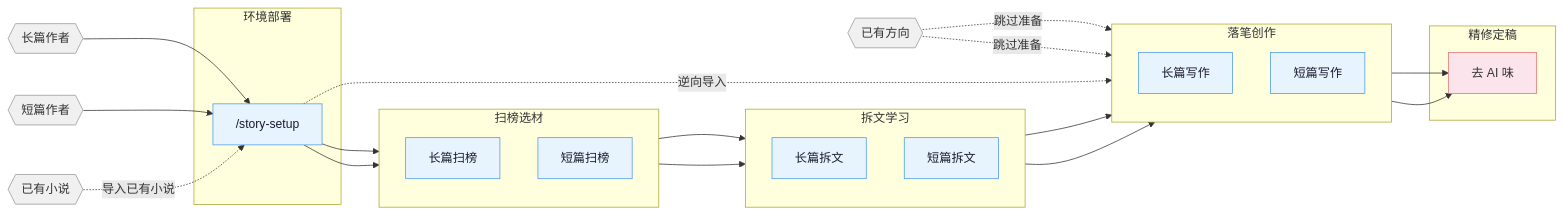
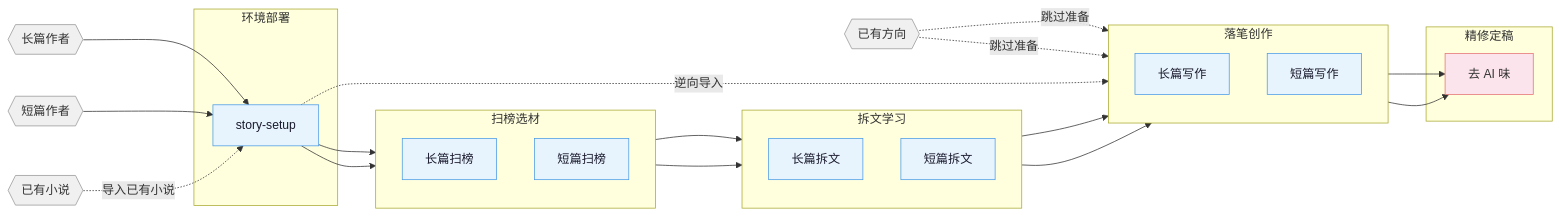
One commit to ronghuaxueleng/oh-story-claudecode changed the diagram in README.md. Above: the diagram before and after it, drawn with Mermaid. The commit also changed other lines of this file and 38 other files, not shown here.

````diff
--- a/README.md
+++ b/README.md
@@ -9,52 +9,52 @@
 ```mermaid
 flowchart LR
     classDef entry fill:#f0f0f0,color:#333,stroke:#999,stroke-width:1px
     classDef phase fill:#e8f4fd,color:#1a1a2e,stroke:#4a9be8,stroke-width:1px
     classDef final fill:#fce4ec,color:#333,stroke:#e57373,stroke-width:1px
 
     entry_l{{"长篇作者"}}:::entry
     entry_s{{"短篇作者"}}:::entry
     entry_r{{"已有方向"}}:::entry
     entry_i{{"已有小说"}}:::entry
 
     subgraph S0 ["  环境部署"]
-        setup["/story-setup"]:::phase
+        setup["story-setup"]:::phase
     end
 
     subgraph S1 ["  扫榜选材"]
         direction TB
         scan_l["长篇扫榜"]:::phase
         scan_s["短篇扫榜"]:::phase
     end
 
     subgraph S2 ["  拆文学习"]
         direction TB
         analyze_l["长篇拆文"]:::phase
         analyze_s["短篇拆文"]:::phase
     end
 
     subgraph S3 ["  落笔创作"]
         direction TB
         write_l["长篇写作"]:::phase
         write_s["短篇写作"]:::phase
     end
 
     subgraph S4 ["  精修定稿"]
         deslop["去 AI 味"]:::final
     end
 
     entry_l --> setup
     entry_s --> setup
     setup --> scan_l
     setup --> scan_s
     scan_l --> analyze_l
     scan_s --> analyze_s
     analyze_l --> write_l
     analyze_s --> write_s
     entry_r -.->|跳过准备| write_l
     entry_r -.->|跳过准备| write_s
     entry_i -.->|导入已有小说| setup
     setup -.->|逆向导入| write_l
     write_l --> deslop
     write_s --> deslop
 ```
````
